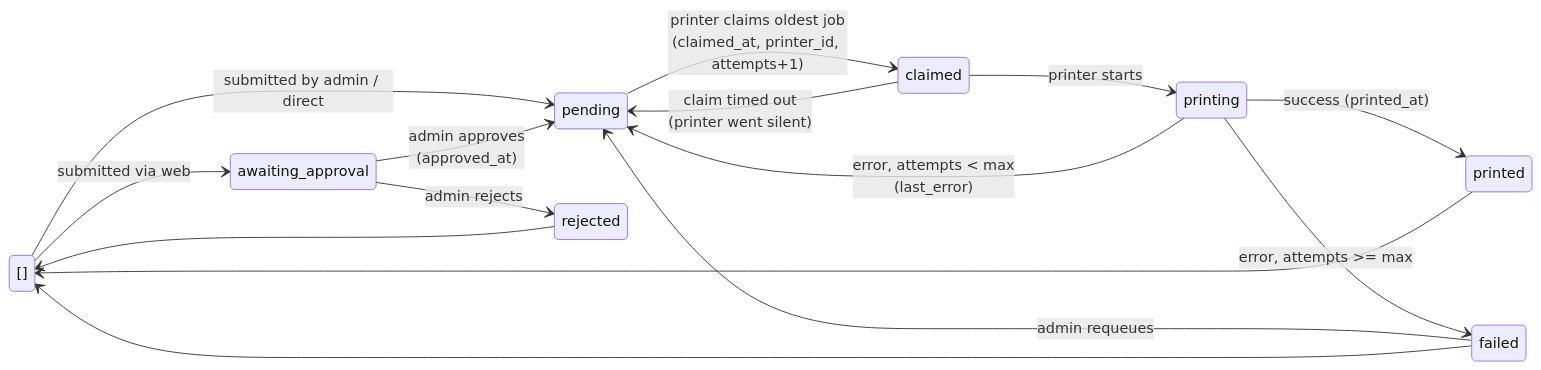
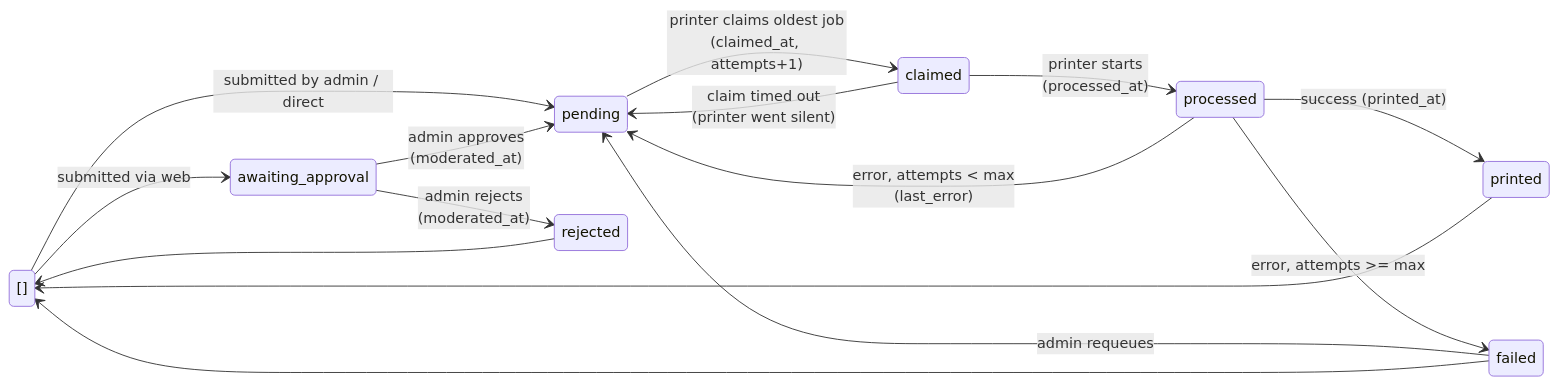
Before and after one commit to DamDRAIME/burn-before-reading: the second of 2 diagrams in server/README.md, drawn with Mermaid. The commit also changed other lines of this file, not shown here.

````diff
--- a/server/README.md
+++ b/server/README.md
@@ -77,18 +78,18 @@
 ```mermaid
 stateDiagram-v2
 direction LR
 [] --> awaiting_approval : submitted via web
 [] --> pending : submitted by admin / direct
-awaiting_approval --> pending : admin approves<br/>(approved_at)
-awaiting_approval --> rejected : admin rejects
-pending --> claimed : printer claims oldest job<br/>(claimed_at, printer_id, attempts+1)
-claimed --> printing : printer starts
+awaiting_approval --> pending : admin approves<br/>(moderated_at)
+awaiting_approval --> rejected : admin rejects<br/>(moderated_at)
+pending --> claimed : printer claims oldest job<br/>(claimed_at, attempts+1)
+claimed --> processed : printer starts<br/>(processed_at)
 claimed --> pending : claim timed out<br/>(printer went silent)
-printing --> printed : success (printed_at)
-printing --> pending : error, attempts < max<br/>(last_error)
-printing --> failed : error, attempts >= max
+processed --> printed : success (printed_at)
+processed --> pending : error, attempts < max<br/>(last_error)
+processed --> failed : error, attempts >= max
 failed --> pending : admin requeues
 printed --> []
 rejected --> []
 failed --> []
 ```
````
